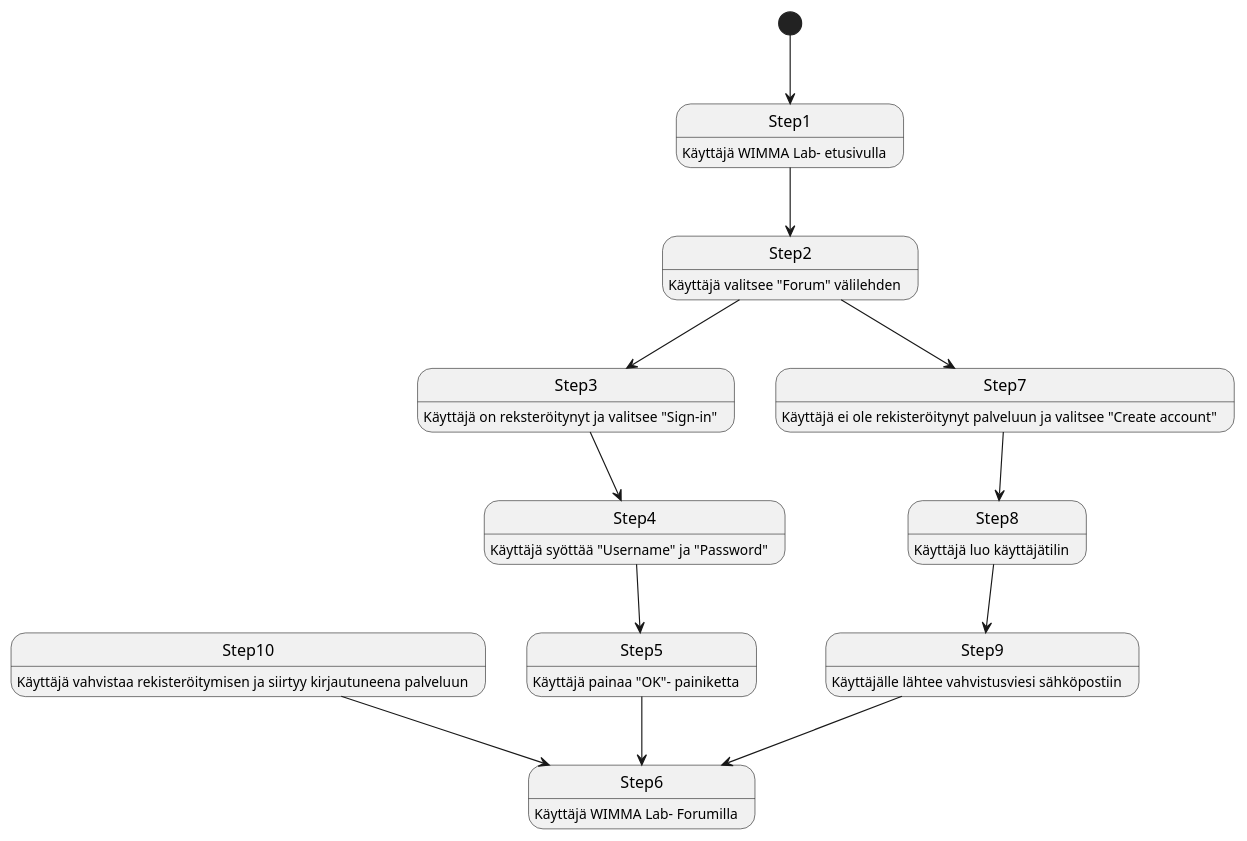
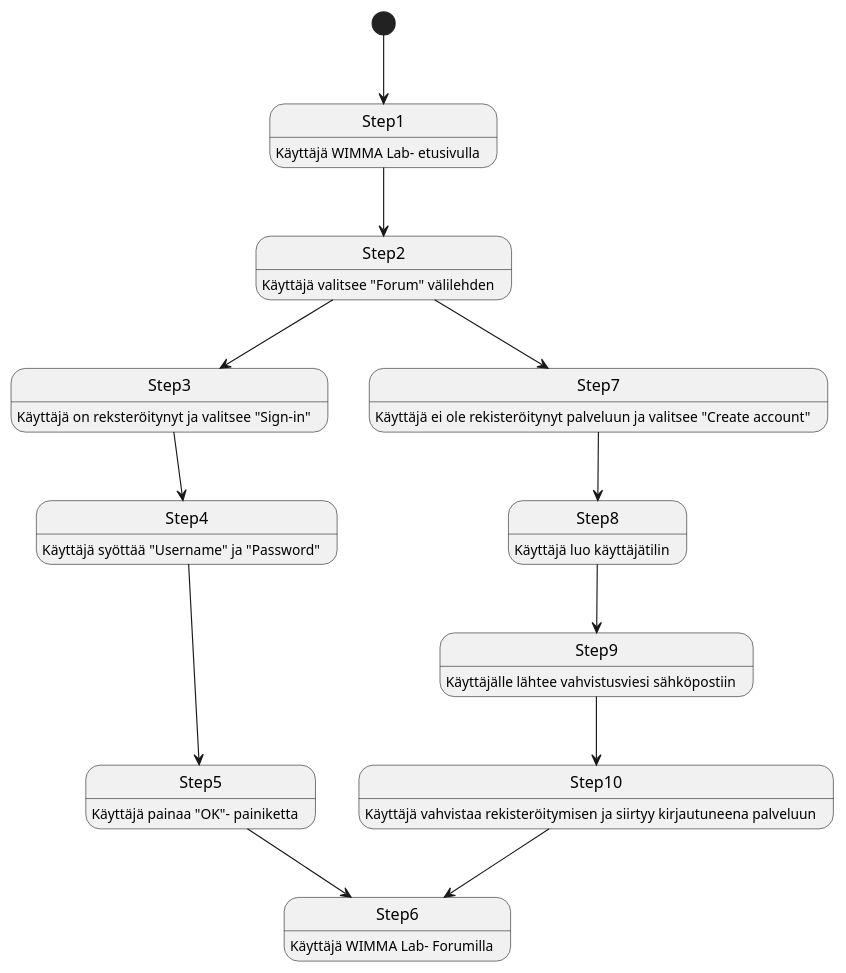
One commit to ninaleo/S2021-AB5160-core changed the third of 7 diagrams in dokumentit/20-Vaatimustenhallinta/vaatimusmaaritely-tiivis.md. Above: the diagram before and after it, drawn with PlantUML.

````diff
--- a/dokumentit/20-Vaatimustenhallinta/vaatimusmaaritely-tiivis.md
+++ b/dokumentit/20-Vaatimustenhallinta/vaatimusmaaritely-tiivis.md
@@ -117,25 +117,25 @@
 ```plantuml
 Step1: Käyttäjä WIMMA Lab- etusivulla 
 Step2: Käyttäjä valitsee "Forum" välilehden  
 Step3: Käyttäjä on reksteröitynyt ja valitsee "Sign-in" 
 Step4: Käyttäjä syöttää "Username" ja "Password"
 Step5: Käyttäjä painaa "OK"- painiketta
 Step6: Käyttäjä WIMMA Lab- Forumilla
 Step7: Käyttäjä ei ole rekisteröitynyt palveluun ja valitsee "Create account"
 Step8: Käyttäjä luo käyttäjätilin
 Step9: Käyttäjälle lähtee vahvistusviesi sähköpostiin
 Step10: Käyttäjä vahvistaa rekisteröitymisen ja siirtyy kirjautuneena palveluun
 
 
 [*] --> Step1
 Step1 --> Step2
 Step2 --> Step3
 Step2 --> Step7
 Step3 --> Step4
 Step7 --> Step8
 Step4 --> Step5
 Step8 --> Step9
 Step5 --> Step6 
-Step9 --> Step6
+Step9 --> Step10
 Step10 --> Step6
 ```
````
